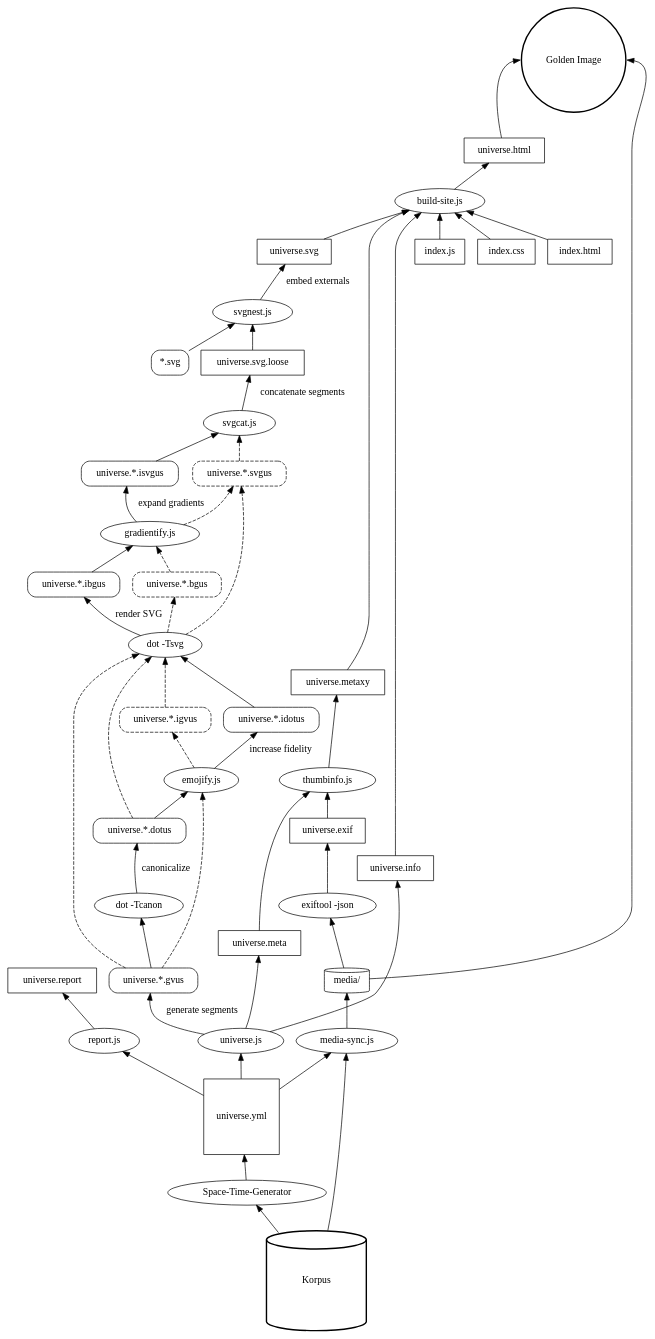
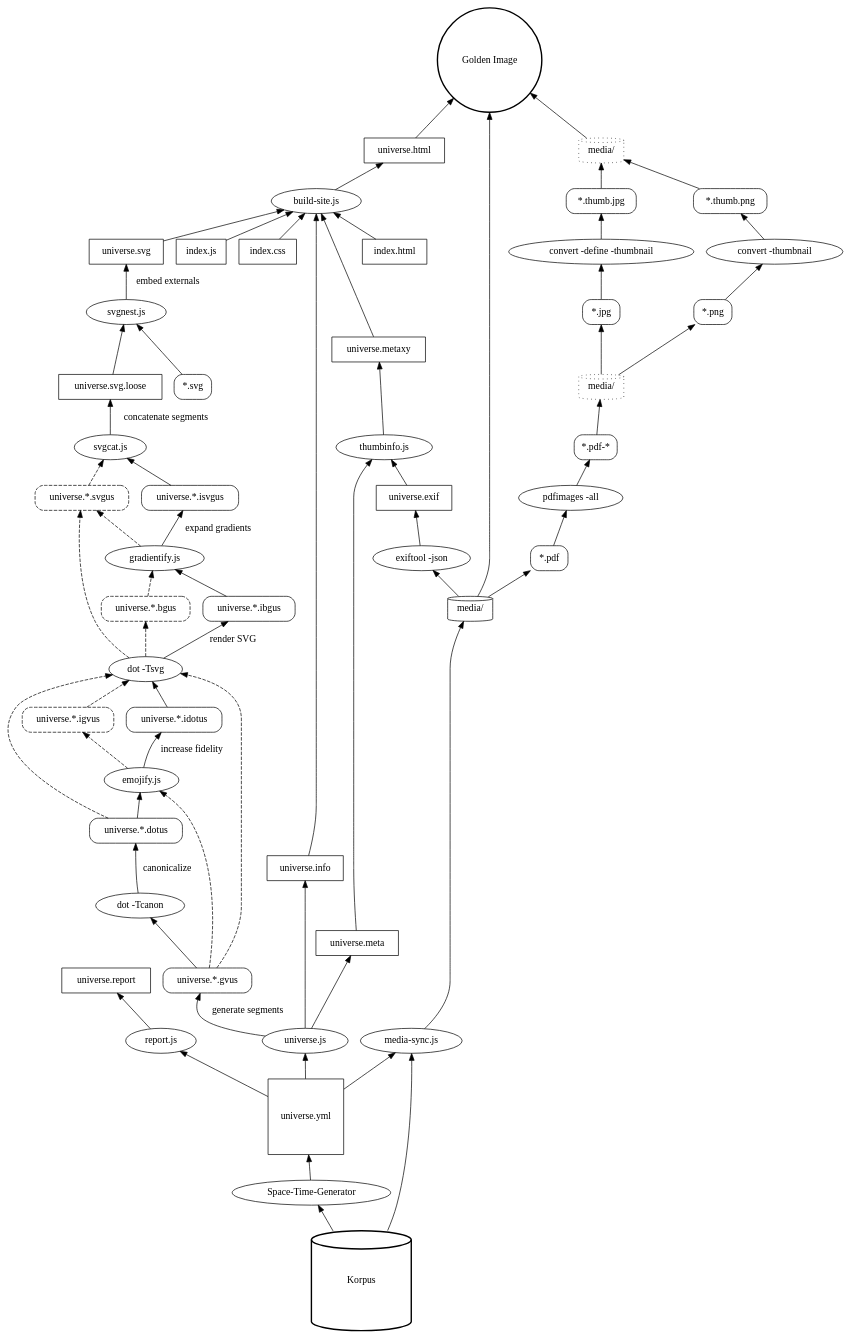
One commit to oliversalzburg/timeline changed the diagram in docs/pipeline.gv. Above: the diagram before and after it, drawn with Graphviz. The commit also changed 1 other file, not shown here.

```diff
--- a/docs/pipeline.gv
+++ b/docs/pipeline.gv
@@ -1,105 +1,130 @@
 digraph pipeline {
 	graph[rankdir=BT];
 
 	korpus [label="Korpus" shape=cylinder style=bold width=2 height=2];
 	emoji [label="*.svg" shape=rect style=rounded];
 	stg [label="Space-Time-Generator" shape=oval];
 	universe [label="universe.yml" shape=square];
 
 	reporter [label="report.js" shape=oval];
 	renderer [label="universe.js" shape=oval];
 	canon [label="dot -Tcanon" shape=oval];
 	emojify [label="emojify.js" shape=oval];
 	dot [label="dot -Tsvg" shape=oval];
 	svgcat [label="svgcat.js" shape=oval];
 	svgnest [label="svgnest.js" shape=oval];
 	gradientify [label="gradientify.js" shape=oval];
 	buildsite [label="build-site.js" shape=oval];
 	mediasync [label="media-sync.js" shape=oval];
 	exiftool [label="exiftool -json" shape=oval];
 	thumbinfo [label="thumbinfo.js" shape=oval];
+	thumbnail_jpg [label="convert -define -thumbnail" shape=oval];
+	thumbnail_png [label="convert -thumbnail" shape=oval];
+	pdfimages [label="pdfimages -all" shape=oval];
 	
 	gvus [label="universe.*.gvus" shape=rect style=rounded];
 	dotus [label="universe.*.dotus" shape=rect style=rounded];
 	igvus [label="universe.*.igvus" shape=rect style="rounded,dashed"];
 	idotus [label="universe.*.idotus" shape=rect style=rounded];
 	ibgus [label="universe.*.ibgus" shape=rect style=rounded];
 	isvgus [label="universe.*.isvgus" shape=rect style=rounded];
 
 	bgus [label="universe.*.bgus" shape=rect style="rounded,dashed"];
 	svgus [label="universe.*.svgus" shape=rect style="rounded,dashed"];
 
 	loose [label="universe.svg.loose" shape=rect];
 
 	svg [label="universe.svg" shape=rect];
 	meta [label="universe.meta" shape=rect];
 	metaxy [label="universe.metaxy" shape=rect];
 	info [label="universe.info" shape=rect];
 	exif [label="universe.exif" shape=rect];
 	html [label="universe.html" shape=rect];
 	report [label="universe.report" shape=rect];
 	indexjs [label="index.js" shape=rect];
 	indexcss [label="index.css" shape=rect];
 	indexhtml [label="index.html" shape=rect];
-	media [label="media/" shape=cylinder];
+	media_0 [label="media/" shape=cylinder];
+	media_1 [label="media/" shape=cylinder style=dotted];
+	media_2 [label="media/" shape=cylinder style=dotted];
+	media_jpg [label="*.jpg" shape=rect style=rounded];
+	media_png [label="*.png" shape=rect style=rounded];
+	media_pdf [label="*.pdf" shape=rect style=rounded];
+	media_jpg_thumb [label="*.thumb.jpg" shape=rect style=rounded];
+	media_png_thumb [label="*.thumb.png" shape=rect style=rounded];
+	media_pdf_image [label="*.pdf-*" shape=rect style=rounded];
 	
 	output [label="Golden Image" shape=circle style=bold];
 
 	korpus -> stg -> universe;
-	
+
 	korpus -> mediasync;
 	universe -> mediasync;
-	mediasync -> media;
-	media -> exiftool -> exif;
+	mediasync -> media_0;
+	media_0 -> exiftool -> exif;
 	exif -> thumbinfo;
 	meta -> thumbinfo;
 	thumbinfo -> metaxy;
+	
+	media_0 -> media_pdf;
+	media_1 -> media_jpg;
+	media_1 -> media_png;
+	media_pdf -> pdfimages;
+	media_jpg -> thumbnail_jpg;
+	media_png -> thumbnail_png;
+	pdfimages -> media_pdf_image;
+	thumbnail_jpg -> media_jpg_thumb;
+	thumbnail_png -> media_png_thumb;
+	media_pdf_image -> media_1;
+	media_jpg_thumb -> media_2;
+	media_png_thumb -> media_2;
 
 	universe -> renderer;
 	universe -> reporter -> report;
 
 	renderer -> meta;
 	renderer -> info;
 	renderer -> gvus [label="generate segments"];
 
 	gvus -> canon;
 	canon -> dotus [label="canonicalize"];
 
 	gvus -> dot [style=dashed];
 	
 	dotus -> emojify;
 	emojify -> idotus [label="increase fidelity"];
 
 	gvus -> emojify -> igvus [style=dashed];
 	igvus -> dot [style=dashed];
 	
 	idotus -> dot;
 	dot -> ibgus [label="render SVG"];
 
 	dotus -> dot [style=dashed];
 	dot -> svgus [style=dashed];
 	dot -> bgus [style=dashed];
 	bgus -> gradientify -> svgus [style=dashed];
 	
 	ibgus -> gradientify;
 	gradientify -> isvgus [label="expand gradients"];
 
 	svgus -> svgcat [style=dashed];
 	isvgus -> svgcat;
 	svgcat -> loose [label="concatenate segments"];
 
 	emoji -> svgnest;
 	loose -> svgnest;
 	svgnest -> svg [label="embed externals"];
 
 	indexjs -> buildsite;
 	indexcss -> buildsite;
 	indexhtml -> buildsite;
 	svg -> buildsite;
 	info -> buildsite;
 	metaxy -> buildsite;
 	buildsite -> html;
 	
-	html -> output:w;
-	media -> output:e;
+	html -> output;
+	media_0 -> output;
+	media_2 -> output;
 }
```
